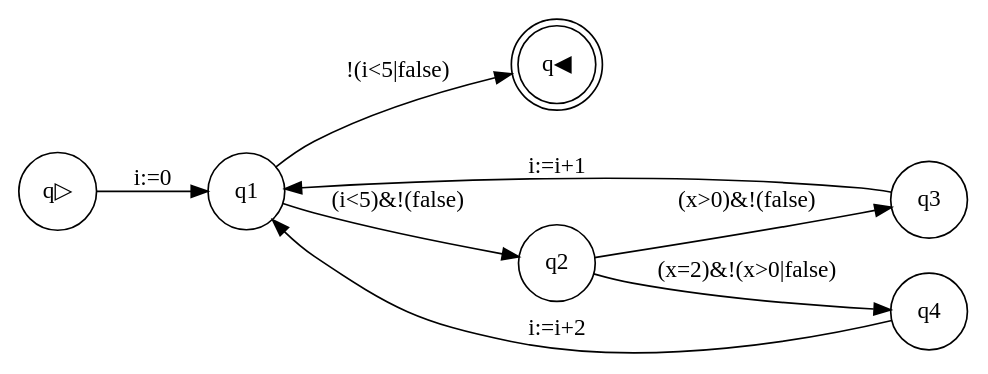
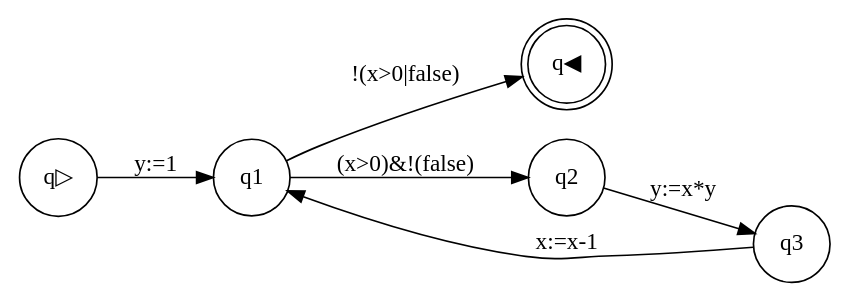
Before and after one commit to gernsoe/02141_parsing: the diagram in Package/DFA.gv, drawn with Graphviz. The commit also changed 3 other files, not shown here.

```diff
--- a/Package/DFA.gv
+++ b/Package/DFA.gv
@@ -1,12 +1,10 @@
 digraph program_graph {rankdir=LR; 
 node [shape = circle]; q▷; 
 node [shape = doublecircle]; q◀; 
 node [shape = circle]
-q▷ -> q1[label = "i:=0"];
-q1 -> q2[label = "(i<5)&!(false)"];
-q2 -> q3[label = "(x>0)&!(false)"];
-q3 -> q1[label = "i:=i+1"];
-q2 -> q4[label = "(x=2)&!(x>0|false)"];
-q4 -> q1[label = "i:=i+2"];
-q1 -> q◀[label = "!(i<5|false)"];
+q▷ -> q1[label = "y:=1"];
+q1 -> q2[label = "(x>0)&!(false)"];
+q2 -> q3[label = "y:=x*y"];
+q3 -> q1[label = "x:=x-1"];
+q1 -> q◀[label = "!(x>0|false)"];
 }
```
